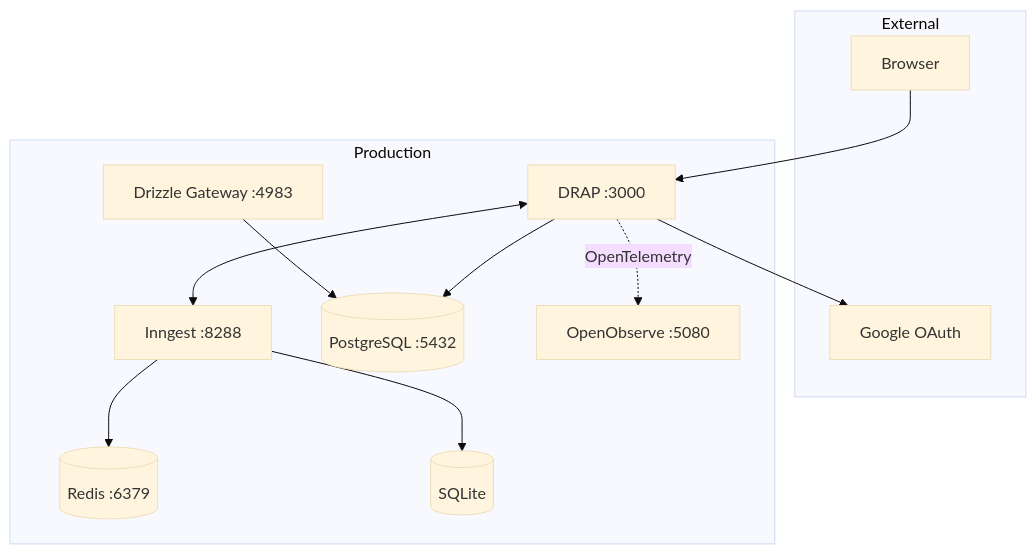
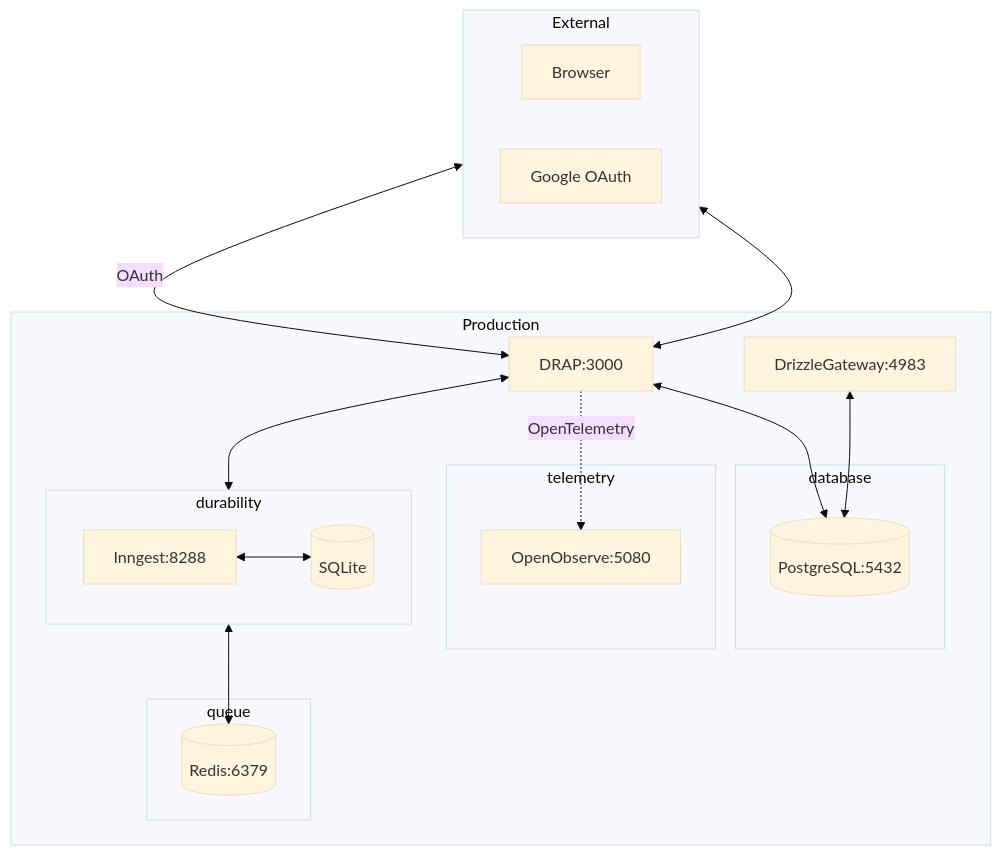
The first of 2 diagrams in README.md (BastiDood/drap), drawn with Mermaid (base theme) before and after one commit.

Commit message:
docs: clean up network boundary diagram

````diff
--- a/README.md
+++ b/README.md
@@ -21,26 +21,41 @@
 ```mermaid
 flowchart TD
     subgraph External
+        direction LR
         User[Browser]
         Google[Google OAuth]
     end
 
     subgraph Production
-        SvelteKit[DRAP :3000]
-        Inngest[Inngest :8288]
-        Postgres[(PostgreSQL :5432)]
-        Redis[(Redis :6379)]
-        SQLite[(SQLite)]
-        O2[OpenObserve :5080]
-        Drizzle[Drizzle Gateway :4983]
+        SvelteKit[DRAP:3000]
+
+        Drizzle[DrizzleGateway:4983]
+
+        subgraph database [database]
+            Postgres[(PostgreSQL:5432)]
+        end
+
+        subgraph durability [durability]
+            direction LR
+            Inngest[Inngest:8288]
+            SQLite[(SQLite)]
+        end
+
+        subgraph queue [queue]
+            Redis[(Redis:6379)]
+        end
+
+        subgraph telemetry [telemetry]
+            O2[OpenObserve:5080]
+        end
     end
 
-    User --> SvelteKit
-    SvelteKit --> Google
-    SvelteKit --> Postgres
+    User <--> SvelteKit
+    Google <-->|OAuth| SvelteKit
+    SvelteKit <--> Postgres
     SvelteKit <--> Inngest
     SvelteKit -.->|OpenTelemetry| O2
-    Inngest --> Redis
-    Inngest --> SQLite
-    Drizzle --> Postgres
+    Inngest <--> Redis
+    Inngest <--> SQLite
+    Drizzle <--> Postgres
 ```
````
